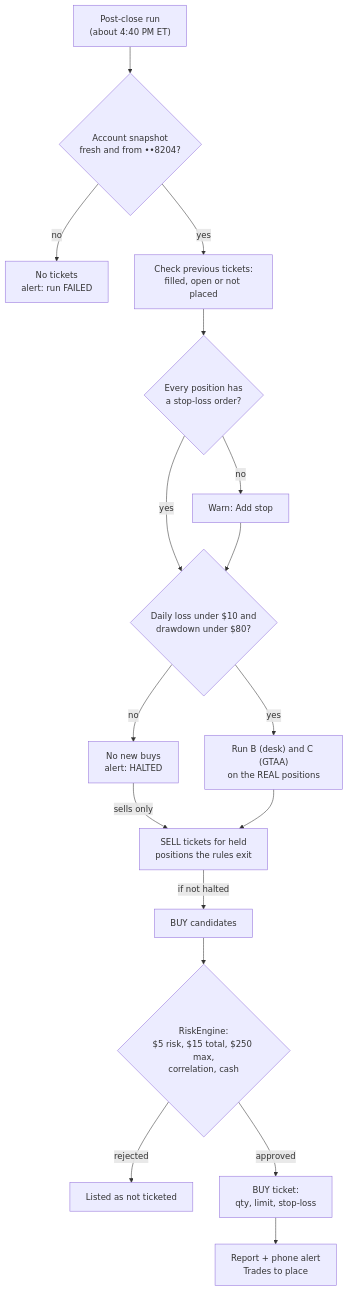
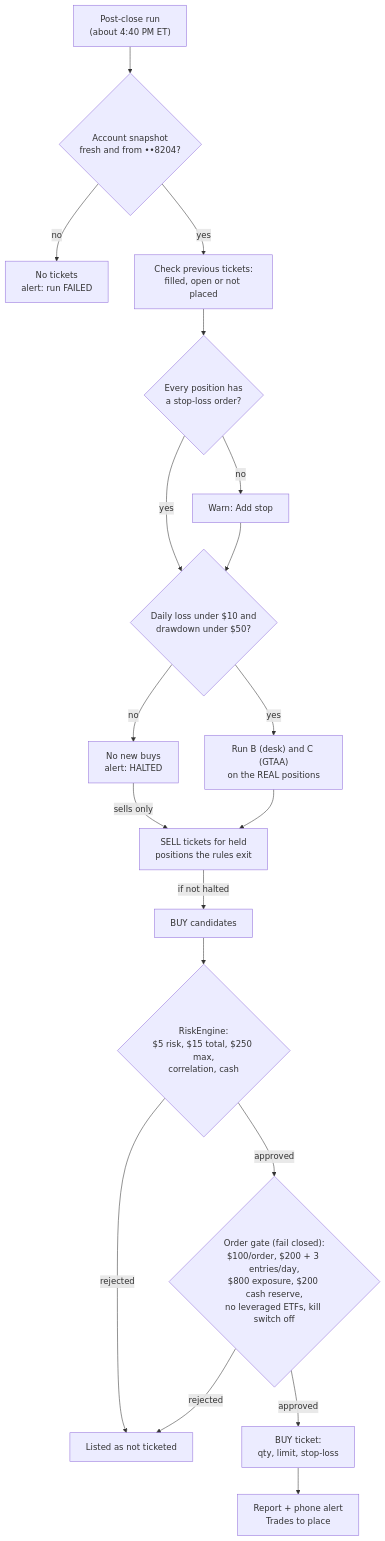
Before and after one commit to vsakati6691/agent-code: the second of 3 diagrams in README.md, drawn with Mermaid. The commit also changed other lines of this file and 17 other files, not shown here.

First line of the commit message:
Hard account limits, final order gate, kill switch, NYSE calendar

````diff
--- a/README.md
+++ b/README.md
@@ -59,19 +59,21 @@
 ```mermaid
 flowchart TD
     START["Post-close run<br/>(about 4:40 PM ET)"] --> SNAP{"Account snapshot<br/>fresh and from ••8204?"}
     SNAP -- no --> FAIL["No tickets<br/>alert: run FAILED"]
     SNAP -- yes --> RECON["Check previous tickets:<br/>filled, open or not placed"]
     RECON --> STOPS{"Every position has<br/>a stop-loss order?"}
     STOPS -- no --> WARN["Warn: Add stop"]
     STOPS -- yes --> LIMITS
-    WARN --> LIMITS{"Daily loss under $10 and<br/>drawdown under $80?"}
+    WARN --> LIMITS{"Daily loss under $10 and<br/>drawdown under $50?"}
     LIMITS -- no --> HALT["No new buys<br/>alert: HALTED"]
     LIMITS -- yes --> SIGNALS["Run B (desk) and C (GTAA)<br/>on the REAL positions"]
     HALT -- sells only --> SELLS
     SIGNALS --> SELLS["SELL tickets for held<br/>positions the rules exit"]
     SELLS -- if not halted --> BUYS["BUY candidates"]
     BUYS --> SIZE{"RiskEngine:<br/>$5 risk, $15 total, $250 max,<br/>correlation, cash"}
     SIZE -- rejected --> SKIP["Listed as not ticketed"]
-    SIZE -- approved --> TICKET["BUY ticket:<br/>qty, limit, stop-loss"]
+    SIZE -- approved --> GATE{"Order gate (fail closed):<br/>$100/order, $200 + 3 entries/day,<br/>$800 exposure, $200 cash reserve,<br/>no leveraged ETFs, kill switch off"}
+    GATE -- rejected --> SKIP
+    GATE -- approved --> TICKET["BUY ticket:<br/>qty, limit, stop-loss"]
     TICKET --> OUT["Report + phone alert<br/>Trades to place"]
 ```
````
